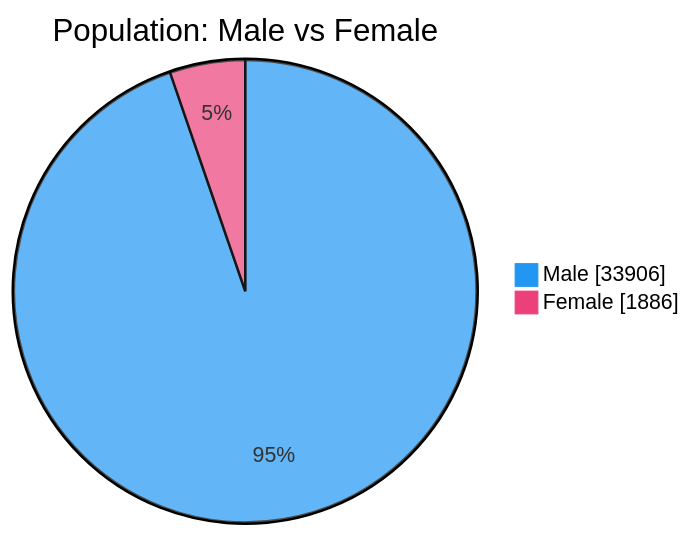
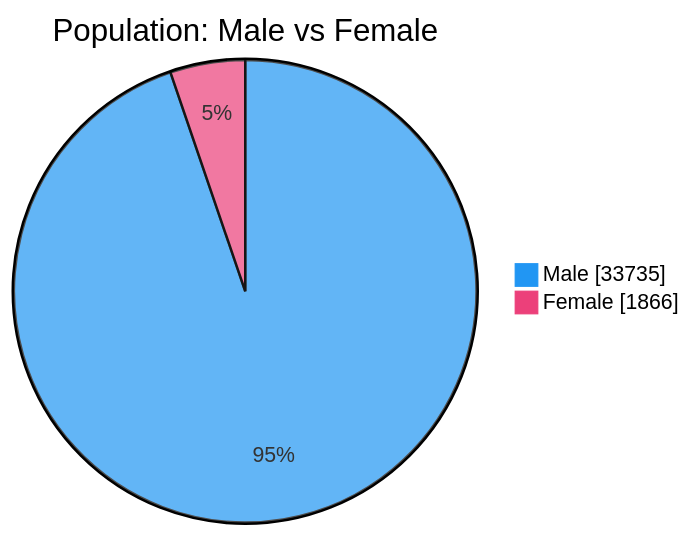
One commit to nuuuwan/lk_prisons changed the second of 7 diagrams in README.md. Above: the diagram before and after it, drawn with Mermaid. The commit also changed other lines of this file and 1 other file, not shown here.

````diff
--- a/README.md
+++ b/README.md
@@ -54,6 +54,6 @@
 ```mermaid
 %%{init: {'themeVariables': {'pie1': '#2196F3', 'pie2': '#EC407A'}}}%%
 pie showData title Population: Male vs Female
-    "Male" : 33906
-    "Female" : 1886
+    "Male" : 33735
+    "Female" : 1866
 ```
````
